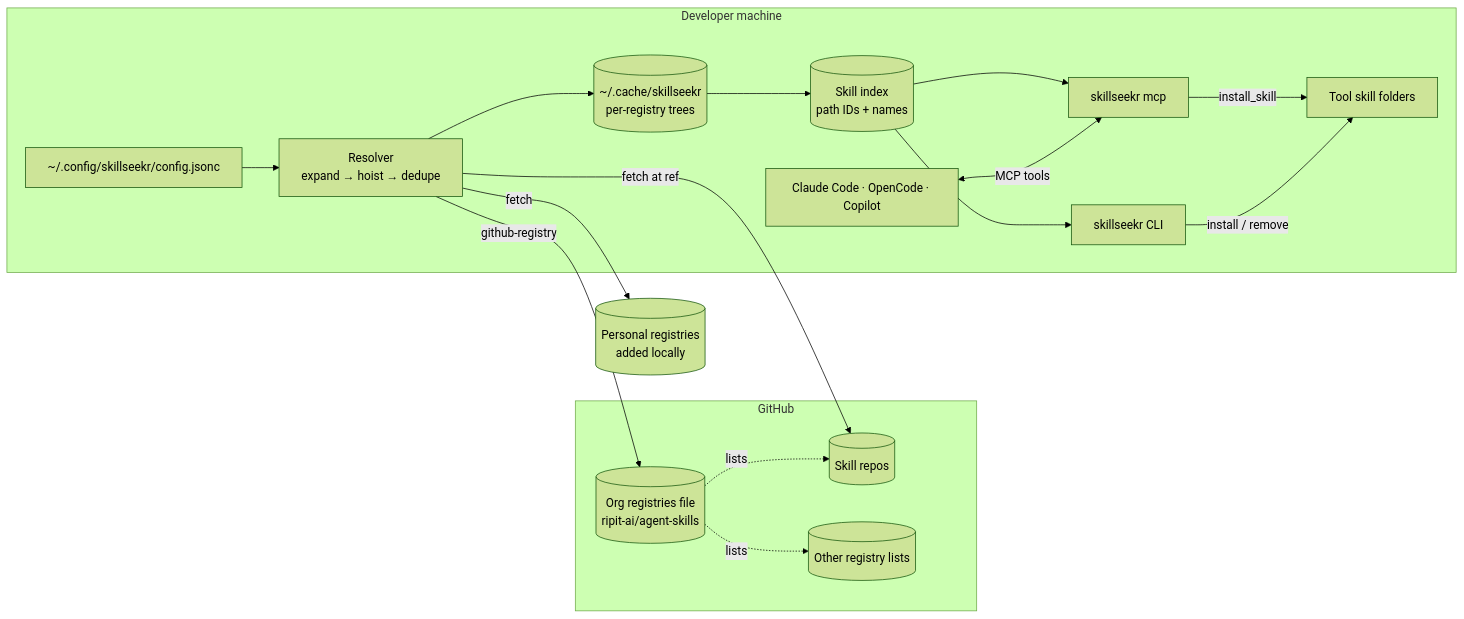
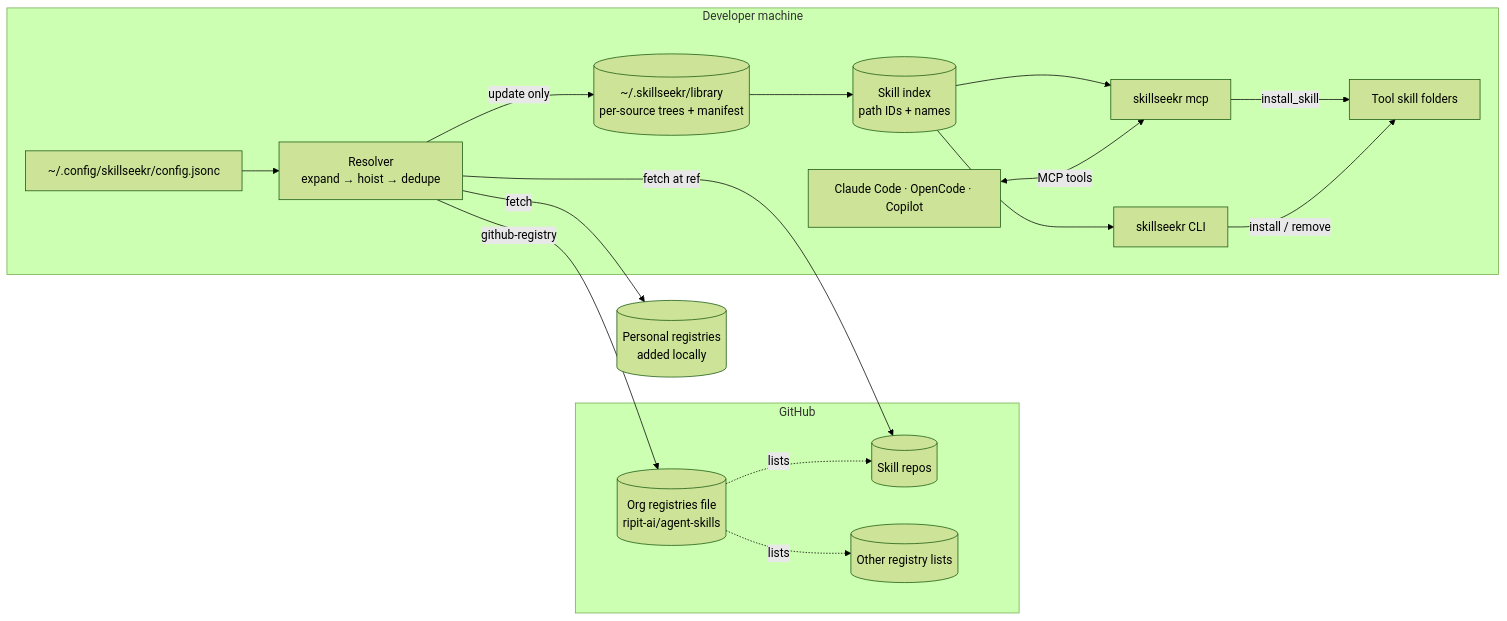
The first of 2 diagrams in docs/spec.md (ripit-ai/skillseekr), drawn with Mermaid (forest theme) before and after one commit. The commit also changed other lines of this file and 5 other files, not shown here.

````diff
--- a/docs/spec.md
+++ b/docs/spec.md
@@ -94,33 +96,33 @@
 ```mermaid
 flowchart LR
     subgraph GH["GitHub"]
         OrgList[(Org registries file<br/>ripit-ai/agent-skills)]
         Ext1[(Skill repos)]
         Team[(Other registry lists)]
     end
     Personal[(Personal registries<br/>added locally)]
 
     subgraph Machine["Developer machine"]
         Config[~/.config/skillseekr/config.jsonc]
         Resolver[Resolver<br/>expand → hoist → dedupe]
-        Cache[(~/.cache/skillseekr<br/>per-registry trees)]
+        Library[(~/.skillseekr/library<br/>per-source trees + manifest)]
         Index[(Skill index<br/>path IDs + names)]
         MCP[skillseekr mcp]
         CLI[skillseekr CLI]
         Tools[Claude Code · OpenCode · Copilot]
         Folders[Tool skill folders]
     end
 
     Config --> Resolver
     Resolver -- github-registry --> OrgList
     OrgList -. lists .-> Ext1
     OrgList -. lists .-> Team
     Resolver -- fetch at ref --> Ext1
     Resolver -- fetch --> Personal
-    Resolver --> Cache --> Index
+    Resolver -- update only --> Library --> Index
     Index --> MCP
     Index --> CLI
     Tools <-- MCP tools --> MCP
     MCP -- install_skill --> Folders
     CLI -- install / remove --> Folders
 ```
````
